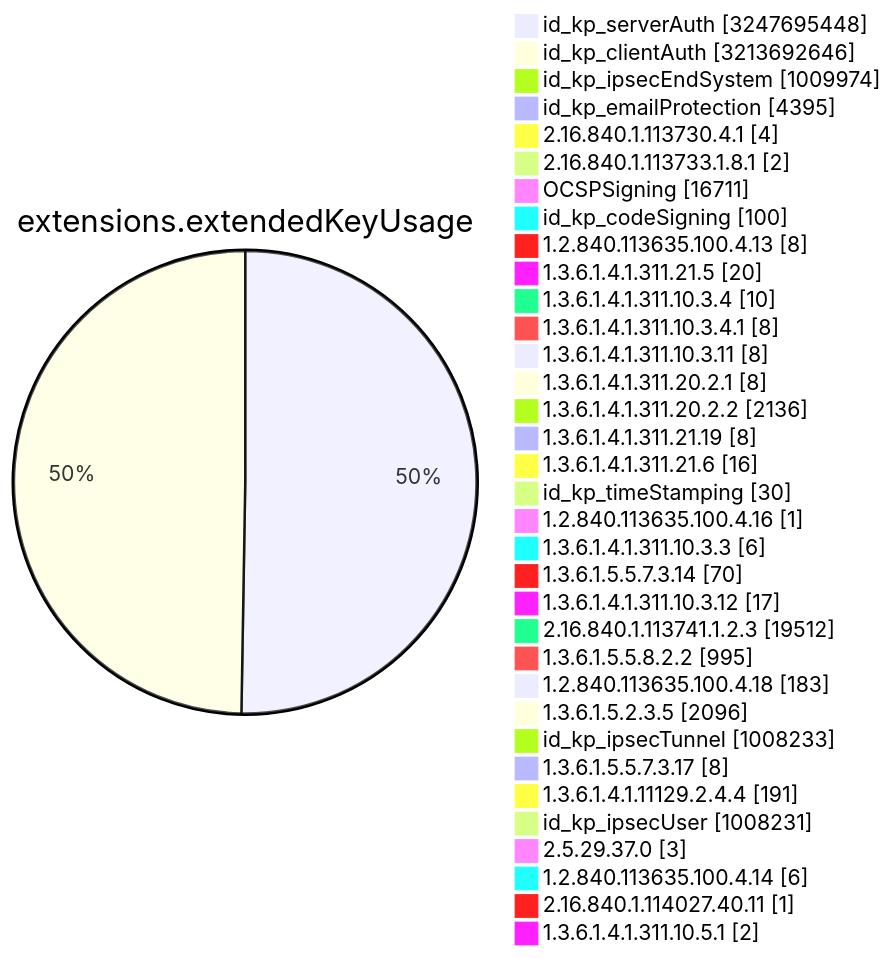
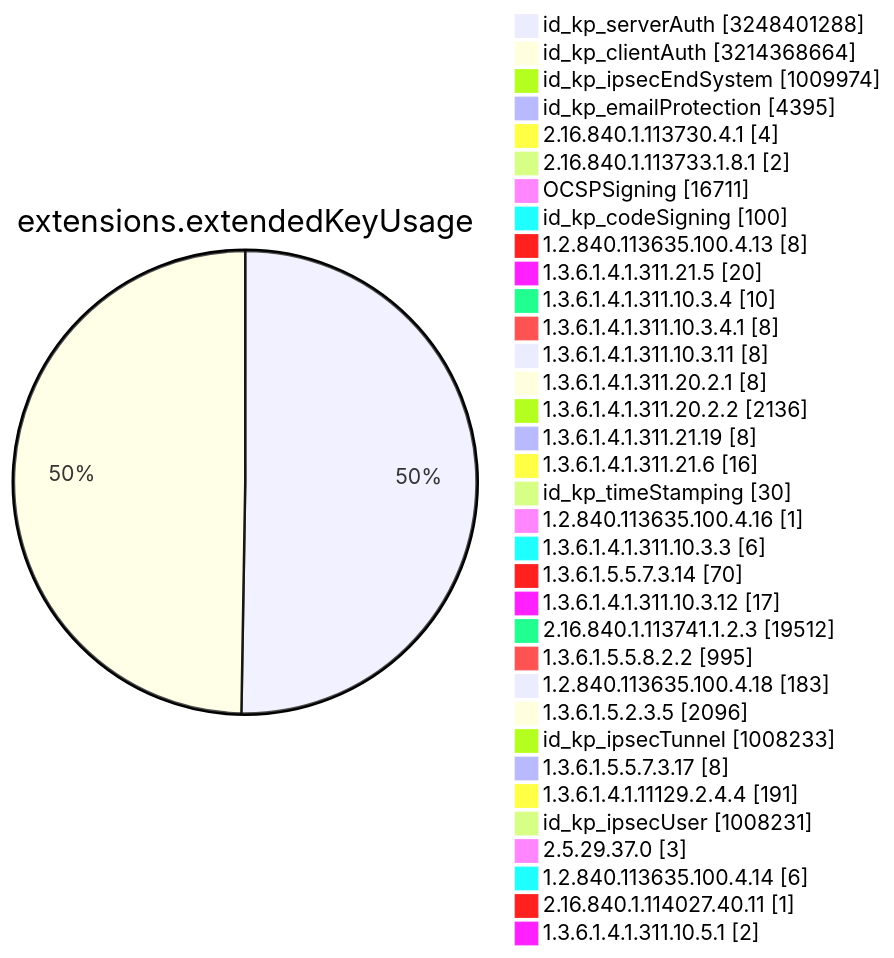
Before and after one commit to christiankrug/ctmonitor_visualization: diagram 11 of 15 in TOTAL/README.md, drawn with Mermaid. The commit also changed other lines of this file, not shown here.

````diff
--- a/TOTAL/README.md
+++ b/TOTAL/README.md
@@ -4119,38 +4119,38 @@
 ```mermaid
 pie showData
 title extensions.extendedKeyUsage
-"id_kp_serverAuth" :3247695448
-"id_kp_clientAuth" :3213692646
+"id_kp_serverAuth" :3248401288
+"id_kp_clientAuth" :3214368664
 "id_kp_ipsecEndSystem" :1009974
 "id_kp_emailProtection" :4395
 "2.16.840.1.113730.4.1" :4
 "2.16.840.1.113733.1.8.1" :2
 "OCSPSigning" :16711
 "id_kp_codeSigning" :100
 "1.2.840.113635.100.4.13" :8
 "1.3.6.1.4.1.311.21.5" :20
 "1.3.6.1.4.1.311.10.3.4" :10
 "1.3.6.1.4.1.311.10.3.4.1" :8
 "1.3.6.1.4.1.311.10.3.11" :8
 "1.3.6.1.4.1.311.20.2.1" :8
 "1.3.6.1.4.1.311.20.2.2" :2136
 "1.3.6.1.4.1.311.21.19" :8
 "1.3.6.1.4.1.311.21.6" :16
 "id_kp_timeStamping" :30
 "1.2.840.113635.100.4.16" :1
 "1.3.6.1.4.1.311.10.3.3" :6
 "1.3.6.1.5.5.7.3.14" :70
 "1.3.6.1.4.1.311.10.3.12" :17
 "2.16.840.1.113741.1.2.3" :19512
 "1.3.6.1.5.5.8.2.2" :995
 "1.2.840.113635.100.4.18" :183
 "1.3.6.1.5.2.3.5" :2096
 "id_kp_ipsecTunnel" :1008233
 "1.3.6.1.5.5.7.3.17" :8
 "1.3.6.1.4.1.11129.2.4.4" :191
 "id_kp_ipsecUser" :1008231
 "2.5.29.37.0" :3
 "1.2.840.113635.100.4.14" :6
 "2.16.840.1.114027.40.11" :1
 "1.3.6.1.4.1.311.10.5.1" :2
 ```
````
